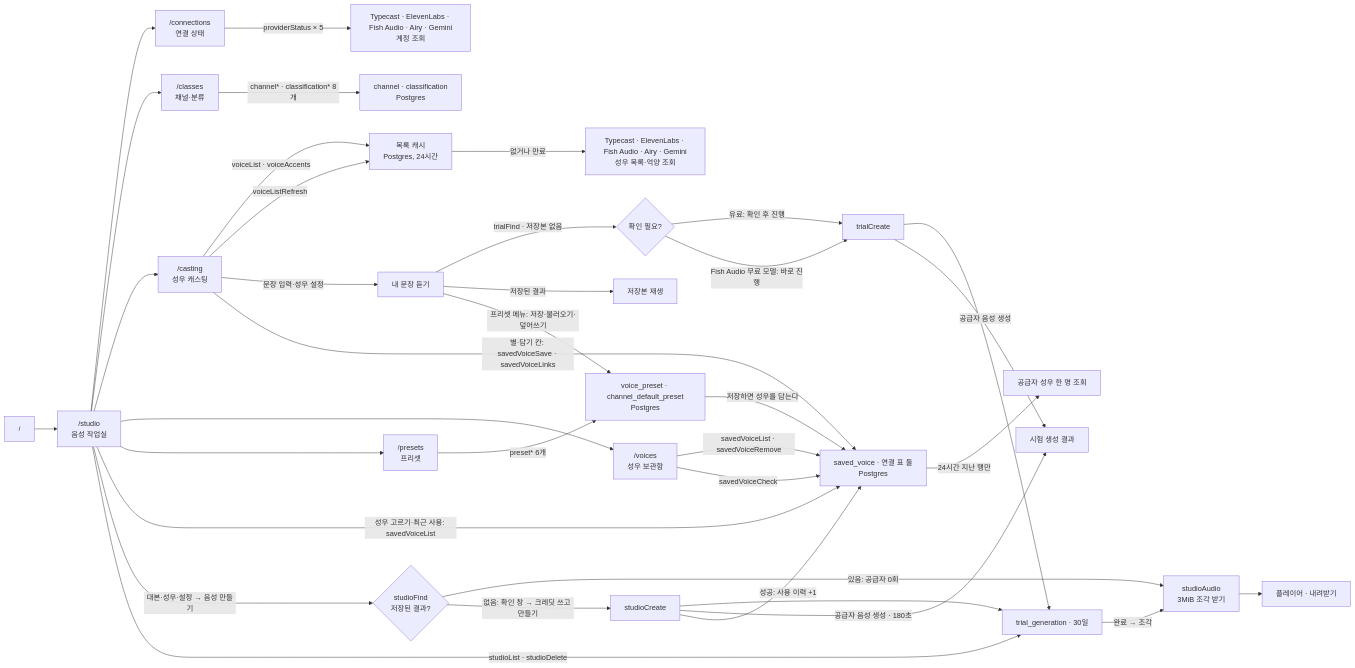
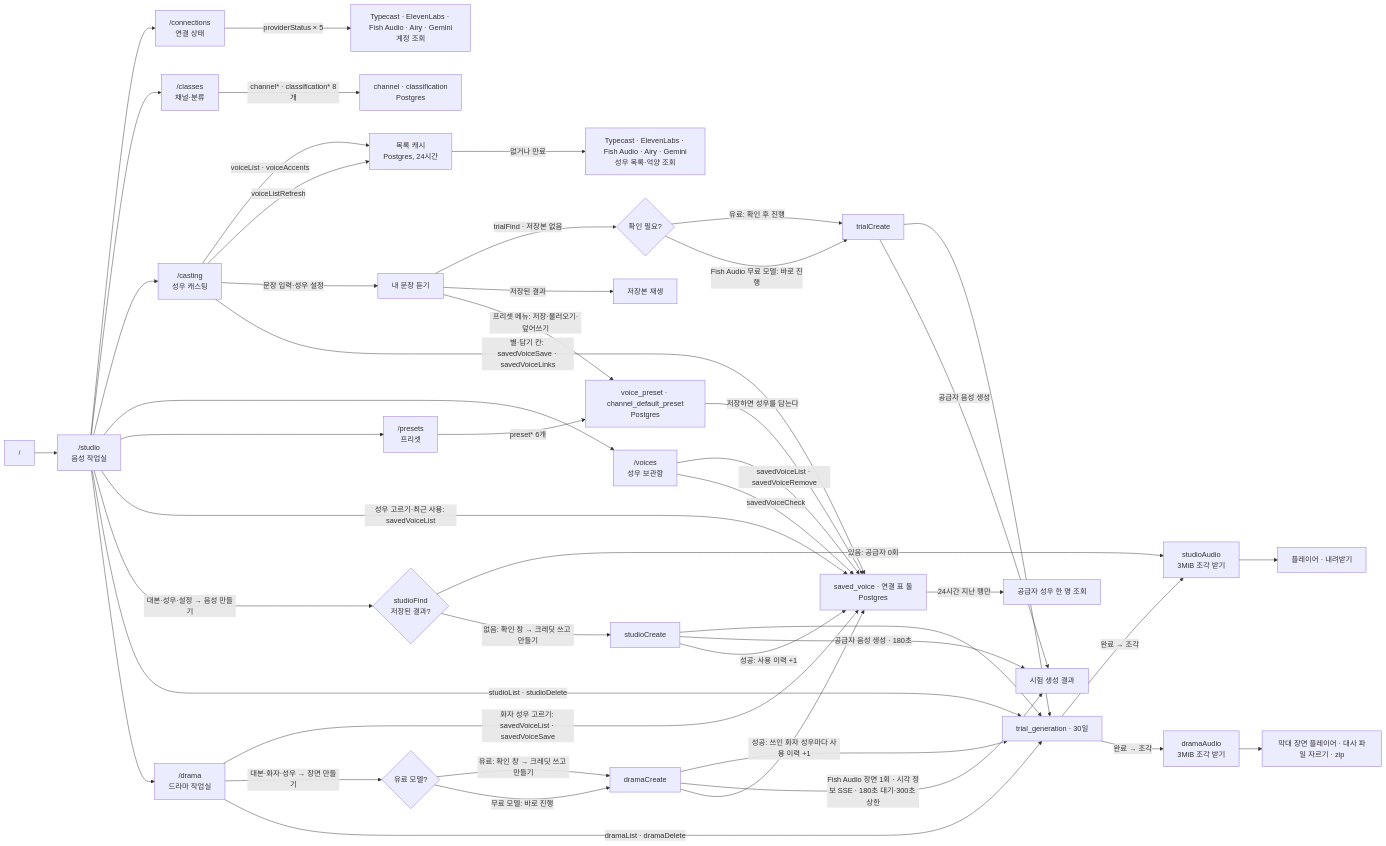
The diagram in docs/domain/project.md (roadkwonai/omni-ai-tts), drawn with Mermaid before and after one commit. The commit also changed other lines of this file and 98 other files, not shown here.

First line of the commit message:
feat: T9.5 드라마 작업실 추가

````diff
--- a/docs/domain/project.md
+++ b/docs/domain/project.md
@@ -18,38 +18,49 @@
 ```mermaid
 flowchart LR
   R["/"] --> S["/studio<br/>음성 작업실"]
   S --> C["/connections<br/>연결 상태"]
   C -->|providerStatus × 5| P["Typecast · ElevenLabs · Fish Audio · Airy · Gemini<br/>계정 조회"]
   S --> CL["/classes<br/>채널·분류"]
   CL -->|"channel* · classification* 8개"| CD["channel · classification<br/>Postgres"]
   S --> V["/casting<br/>성우 캐스팅"]
   V -->|"voiceList · voiceAccents"| K["목록 캐시<br/>Postgres, 24시간"]
   K -->|"없거나 만료"| L["Typecast · ElevenLabs · Fish Audio · Airy · Gemini<br/>성우 목록·억양 조회"]
   V -->|voiceListRefresh| K
   V -->|문장 입력·성우 설정| TF["내 문장 듣기"]
   TF -->|trialFind · 저장본 없음| TC{"확인 필요?"}
   TC -->|유료: 확인 후 진행| TCR["trialCreate"]
   TC -->|Fish Audio 무료 모델: 바로 진행| TCR
   TF -->|저장된 결과| TA["저장본 재생"]
   TCR --> TR["trial_generation · 30일"]
   TCR -->|공급자 음성 생성| TOUT["시험 생성 결과"]
   V -->|"별·담기 칸: savedVoiceSave · savedVoiceLinks"| SV["saved_voice · 연결 표 둘<br/>Postgres"]
   S --> LB["/voices<br/>성우 보관함"]
   LB -->|"savedVoiceList · savedVoiceRemove"| SV
   LB -->|savedVoiceCheck| SV
   SV -->|"24시간 지난 행만"| G["공급자 성우 한 명 조회"]
   S --> PR["/presets<br/>프리셋"]
   PR -->|"preset* 6개"| PD["voice_preset · channel_default_preset<br/>Postgres"]
   TF -->|"프리셋 메뉴: 저장·불러오기·덮어쓰기"| PD
   PD -->|"저장하면 성우를 담는다"| SV
   S -->|"성우 고르기·최근 사용: savedVoiceList"| SV
   S -->|"대본·성우·설정 → 음성 만들기"| SF{"studioFind<br/>저장된 결과?"}
   SF -->|"있음: 공급자 0회"| SA["studioAudio<br/>3MiB 조각 받기"]
   SF -->|"없음: 확인 창 → 크레딧 쓰고 만들기"| SC["studioCreate"]
   SC --> TR
   SC -->|"공급자 음성 생성 · 180초"| TOUT
   SC -->|"성공: 사용 이력 +1"| SV
   TR -->|"완료 → 조각"| SA
   SA --> SP["플레이어 · 내려받기"]
   S -->|"studioList · studioDelete"| TR
+  S --> DR["/drama<br/>드라마 작업실"]
+  DR -->|"화자 성우 고르기: savedVoiceList · savedVoiceSave"| SV
+  DR -->|"대본·화자·성우 → 장면 만들기"| DF{"유료 모델?"}
+  DF -->|"유료: 확인 창 → 크레딧 쓰고 만들기"| DC["dramaCreate"]
+  DF -->|"무료 모델: 바로 진행"| DC
+  DC --> TR
+  DC -->|"Fish Audio 장면 1회 · 시각 정보 SSE · 180초 대기·300초 상한"| TOUT
+  DC -->|"성공: 쓰인 화자 성우마다 사용 이력 +1"| SV
+  TR -->|"완료 → 조각"| DA["dramaAudio<br/>3MiB 조각 받기"]
+  DA --> DP["막대 장면 플레이어 · 대사 파일 자르기 · zip"]
+  DR -->|"dramaList · dramaDelete"| TR
 ```
````
